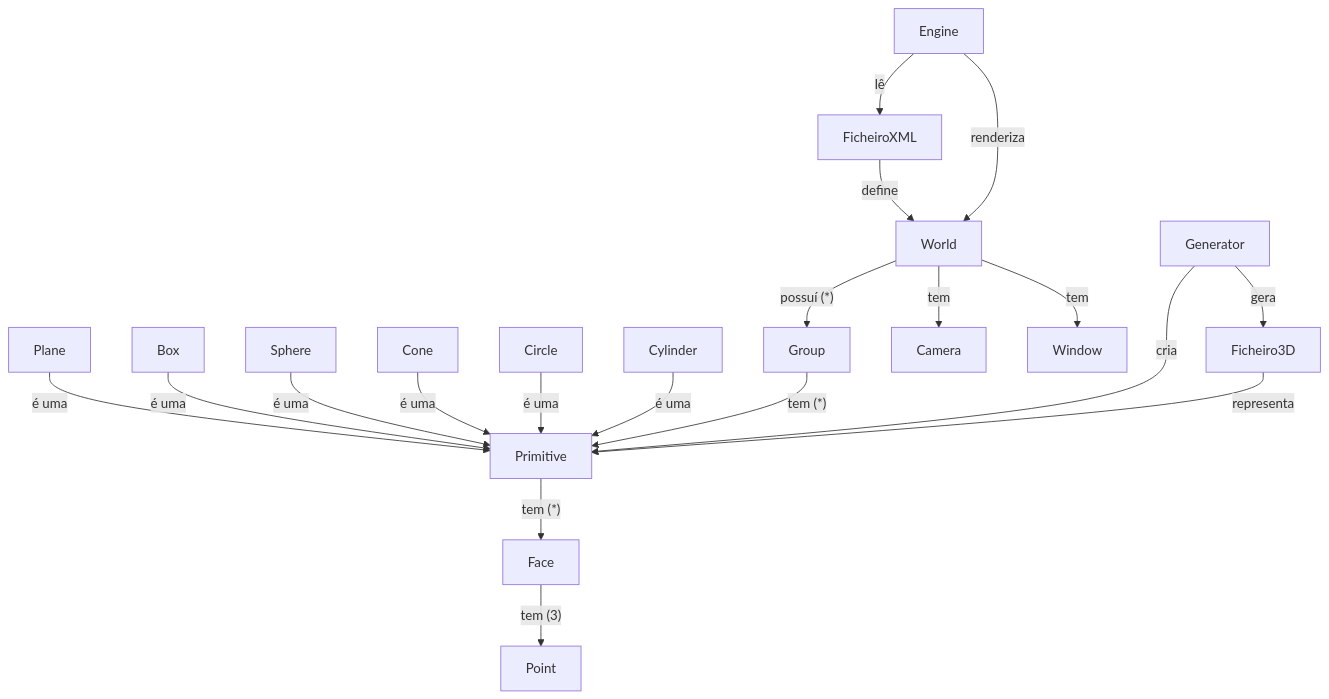
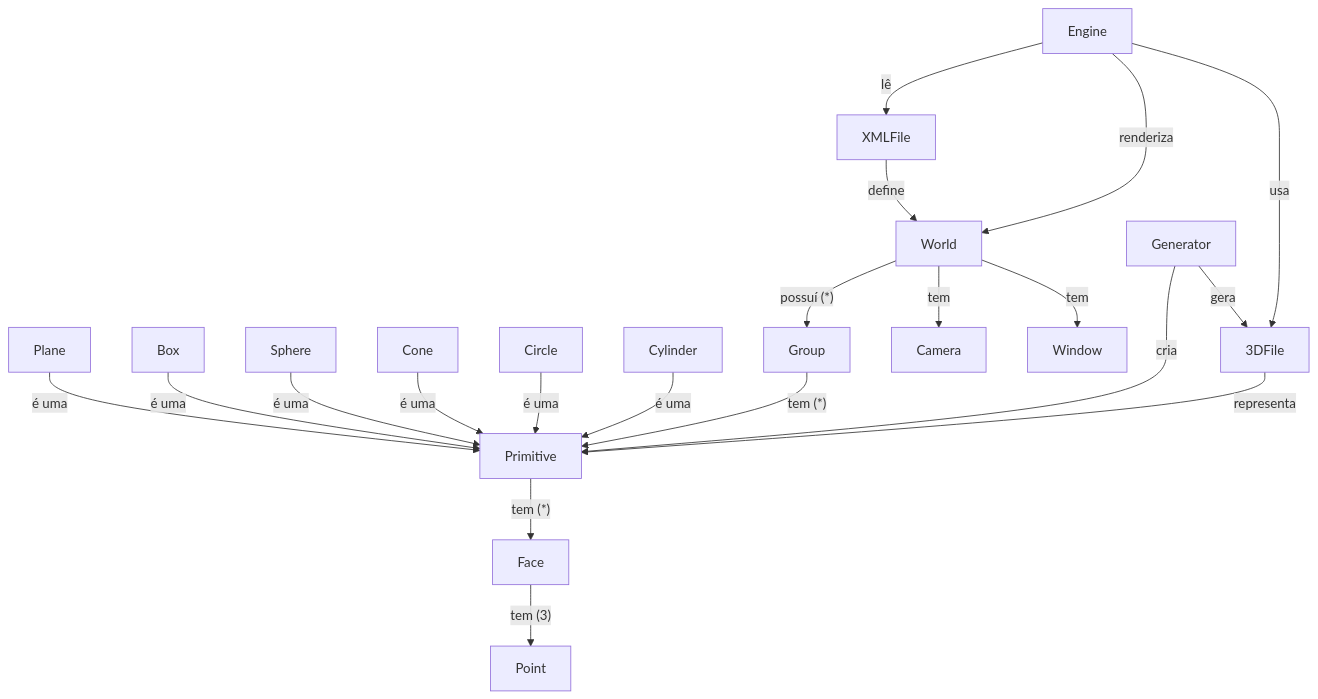
One commit to guinucool/ProjCompGrafica24UM changed the first of 2 diagrams in README.md. Above: the diagram before and after it, drawn with Mermaid.

````diff
--- a/README.md
+++ b/README.md
@@ -181,21 +181,22 @@
 ```mermaid
 graph TD
     Primitive-- tem (*) -->Face
     Face-- tem (3) -->Point
     Plane-- é uma -->Primitive
     Box-- é uma -->Primitive
     Sphere-- é uma -->Primitive
     Cone-- é uma -->Primitive
     Circle-- é uma -->Primitive
     Cylinder-- é uma -->Primitive
     Group-- tem (*) -->Primitive
     World-- possuí (*) -->Group
     World-- tem -->Camera
     World-- tem -->Window
-    Engine-- lê -->FicheiroXML
-    FicheiroXML-- define -->World
+    Engine-- lê -->XMLFile
+    XMLFile-- define -->World
     Engine-- renderiza -->World
     Generator-- cria -->Primitive
-    Generator-- gera -->Ficheiro3D
-    Ficheiro3D-- representa -->Primitive
+    Generator-- gera -->3DFile
+    3DFile-- representa -->Primitive
+    Engine-- usa -->3DFile
 ```
````
